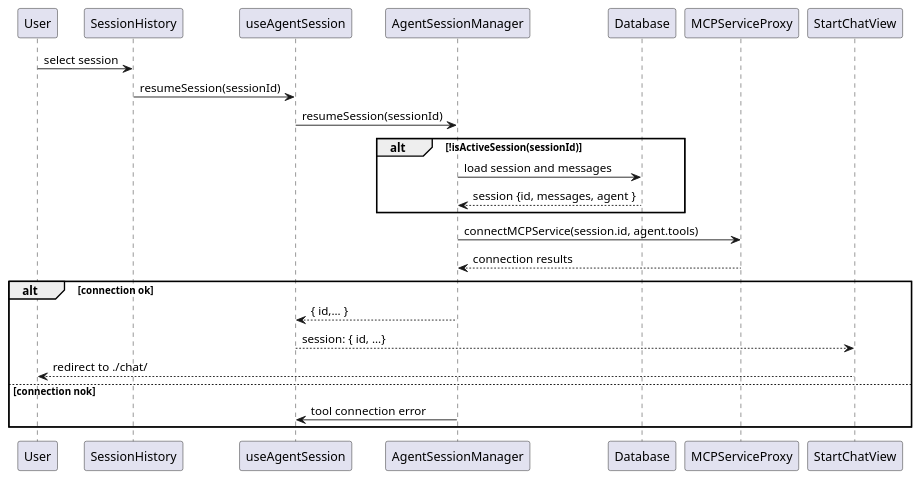
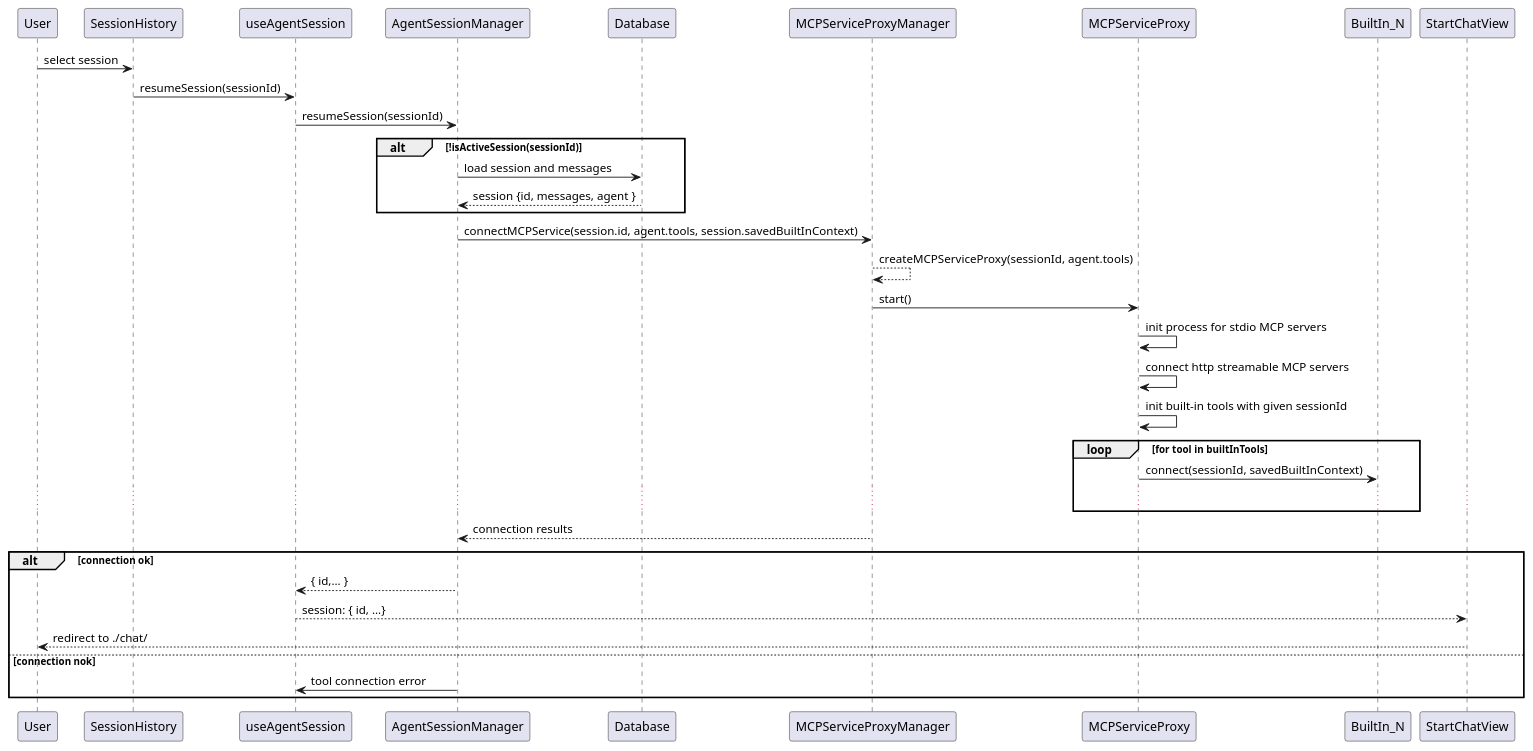
Before and after one commit to fritzprix/libr-agent: the second of 3 diagrams in idea.md, drawn with PlantUML. The commit also changed other lines of this file and 81 other files, not shown here.

First line of the commit message:
feat: Add LLMService and ToolBridge context tests

````diff
--- a/idea.md
+++ b/idea.md
@@ -70,20 +79,29 @@
   ```puml
   @startuml
   User -> SessionHistory: select session
   SessionHistory -> useAgentSession: resumeSession(sessionId)
   useAgentSession -> AgentSessionManager: resumeSession(sessionId)
   alt !isActiveSession(sessionId)
   AgentSessionManager -> Database: load session and messages
   Database --> AgentSessionManager: session {id, messages, agent }
   end
-  AgentSessionManager -> MCPServiceProxy: connectMCPService(session.id, agent.tools)
-  MCPServiceProxy --> AgentSessionManager: connection results
+  AgentSessionManager -> MCPServiceProxyManager: connectMCPService(session.id, agent.tools, session.savedBuiltInContext)
+  MCPServiceProxyManager --> MCPServiceProxyManager: createMCPServiceProxy(sessionId, agent.tools)
+  MCPServiceProxyManager -> MCPServiceProxy: start()
+  MCPServiceProxy -> MCPServiceProxy: init process for stdio MCP servers
+  MCPServiceProxy -> MCPServiceProxy: connect http streamable MCP servers
+  MCPServiceProxy -> MCPServiceProxy: init built-in tools with given sessionId
+  loop for tool in builtInTools
+  MCPServiceProxy -> BuiltIn_N : connect(sessionId, savedBuiltInContext)
+  ...
+  end
+  MCPServiceProxyManager --> AgentSessionManager: connection results
   alt connection ok
   AgentSessionManager --> useAgentSession: { id,... }
   useAgentSession --> StartChatView: session: { id, ...}
   StartChatView --> User: redirect to ./chat/
   else connection nok
   AgentSessionManager -> useAgentSession: tool connection error
   end
   @enduml
   ```
````
